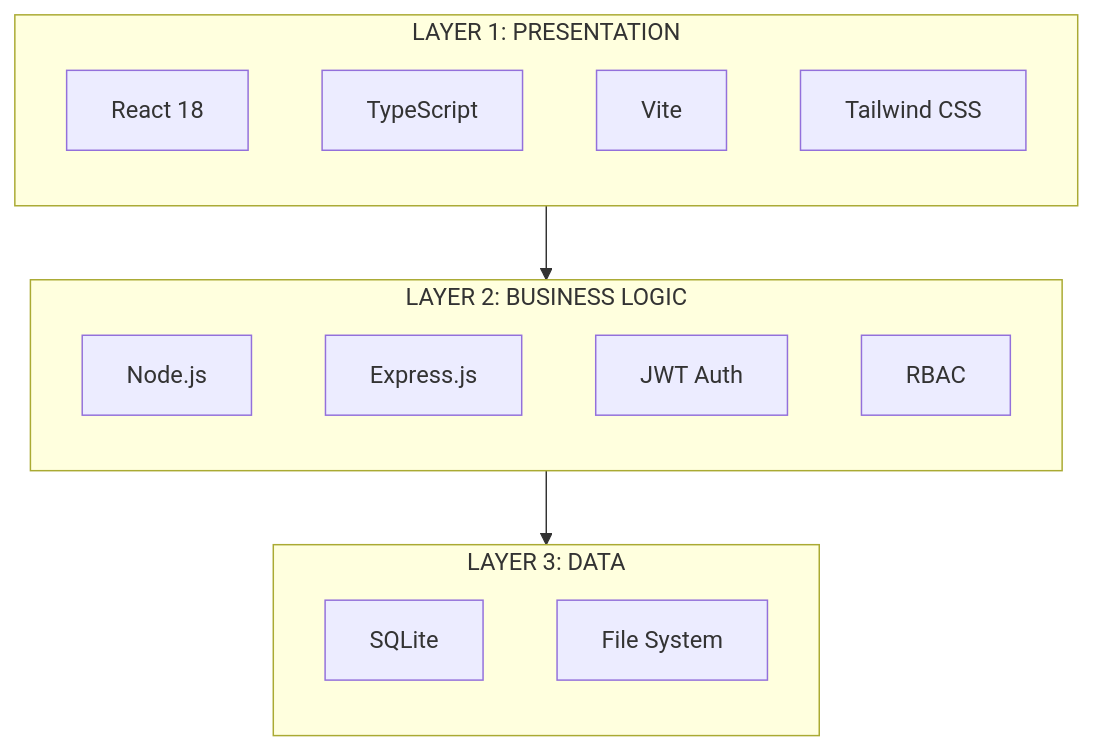
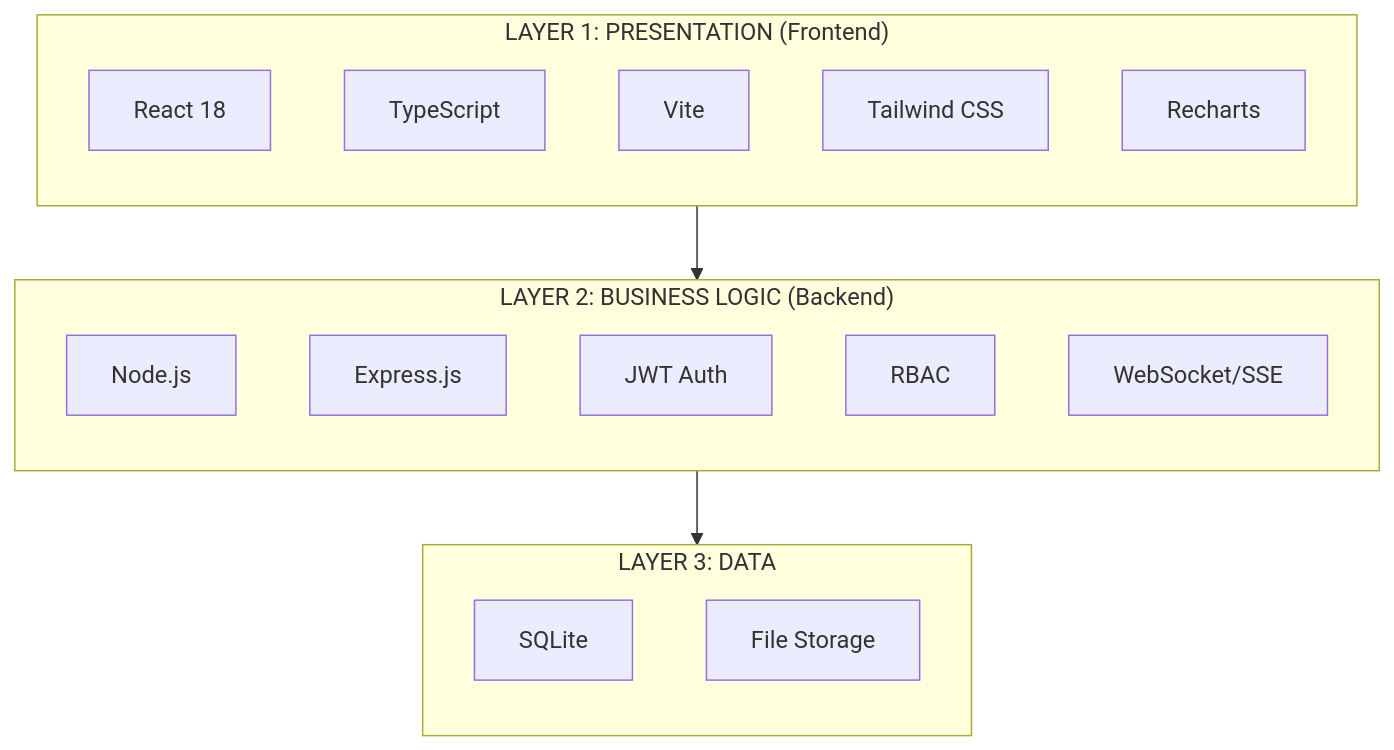
Before and after one commit to surabhi142005/gyandeep--1-: the diagram in ARCHITECTURE.md, drawn with Mermaid. The commit also changed other lines of this file and 67 other files, not shown here.

Commit message:
feat: Complete Vercel deployment with single API, new API routes, architecture docs

````diff
--- a/ARCHITECTURE.md
+++ b/ARCHITECTURE.md
@@ -5,26 +5,28 @@
 ```mermaid
 flowchart TB
-    subgraph Layer1["LAYER 1: PRESENTATION"]
+    subgraph Layer1["LAYER 1: PRESENTATION (Frontend)"]
         direction TB
         FE1[React 18]
         FE2[TypeScript]
         FE3[Vite]
         FE4[Tailwind CSS]
+        FE5[Recharts]
     end
 
-    subgraph Layer2["LAYER 2: BUSINESS LOGIC"]
+    subgraph Layer2["LAYER 2: BUSINESS LOGIC (Backend)"]
         direction TB
         BE1[Node.js]
         BE2[Express.js]
         BE3[JWT Auth]
         BE4[RBAC]
+        BE5[WebSocket/SSE]
     end
 
     subgraph Layer3["LAYER 3: DATA"]
         direction TB
         DB1[SQLite]
-        DB2[File System]
+        DB2[File Storage]
     end
 
     Layer1 --> Layer2 --> Layer3
 ```
````
